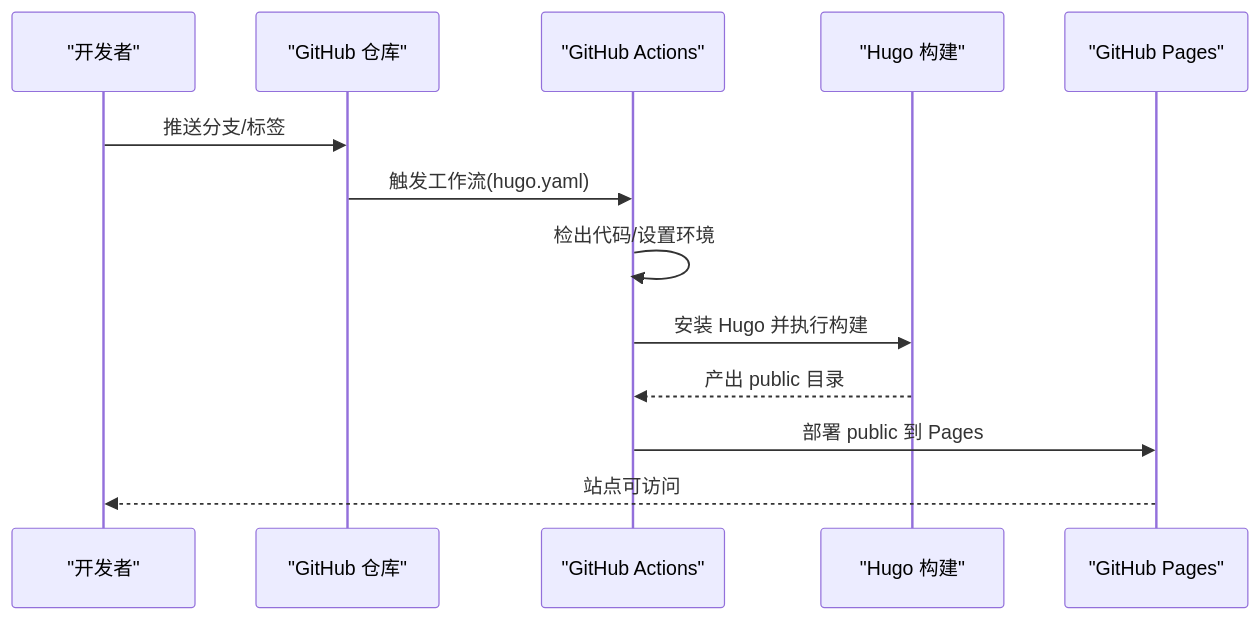
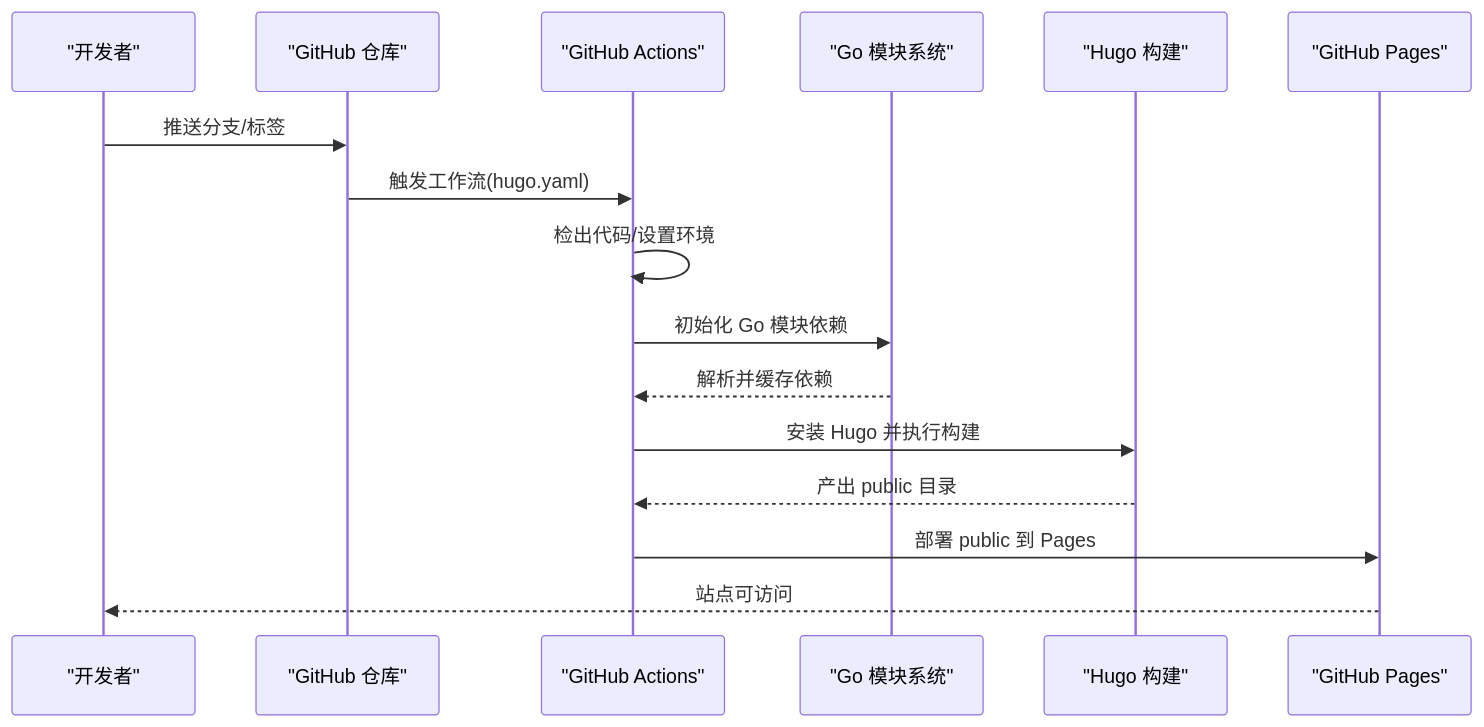
Before and after one commit to nianjiang/nianjiang.github.io: the second of 5 diagrams in .qoder/repowiki/zh/content/部署与维护/部署与维护.md, drawn with Mermaid. The commit also changed other lines of this file and 176 other files, not shown here.

````diff
--- a/.qoder/repowiki/zh/content/部署与维护/部署与维护.md
+++ b/.qoder/repowiki/zh/content/部署与维护/部署与维护.md
@@ -65,15 +75,18 @@
 ```mermaid
 sequenceDiagram
 participant Dev as "开发者"
 participant GH as "GitHub 仓库"
 participant GA as "GitHub Actions"
+participant Mod as "Go 模块系统"
 participant Build as "Hugo 构建"
 participant Pages as "GitHub Pages"
 Dev->>GH : 推送分支/标签
 GH->>GA : 触发工作流(hugo.yaml)
 GA->>GA : 检出代码/设置环境
+GA->>Mod : 初始化 Go 模块依赖
+Mod-->>GA : 解析并缓存依赖
 GA->>Build : 安装 Hugo 并执行构建
 Build-->>GA : 产出 public 目录
 GA->>Pages : 部署 public 到 Pages
 Pages-->>Dev : 站点可访问
 ```
````
